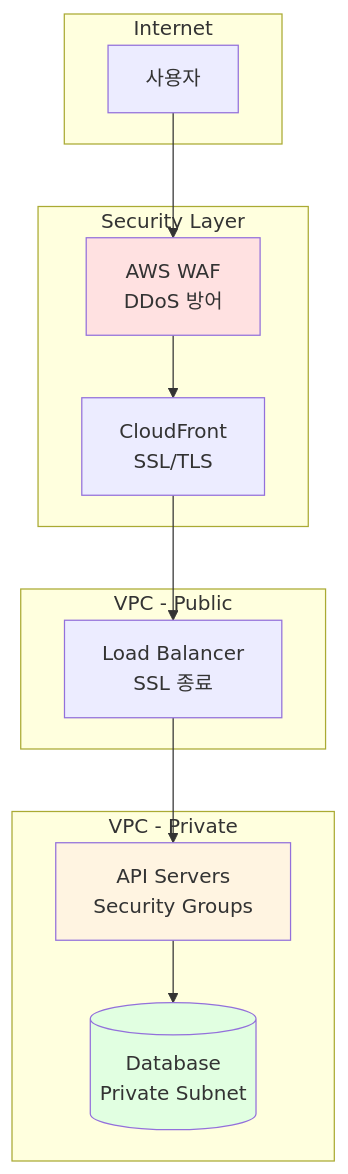
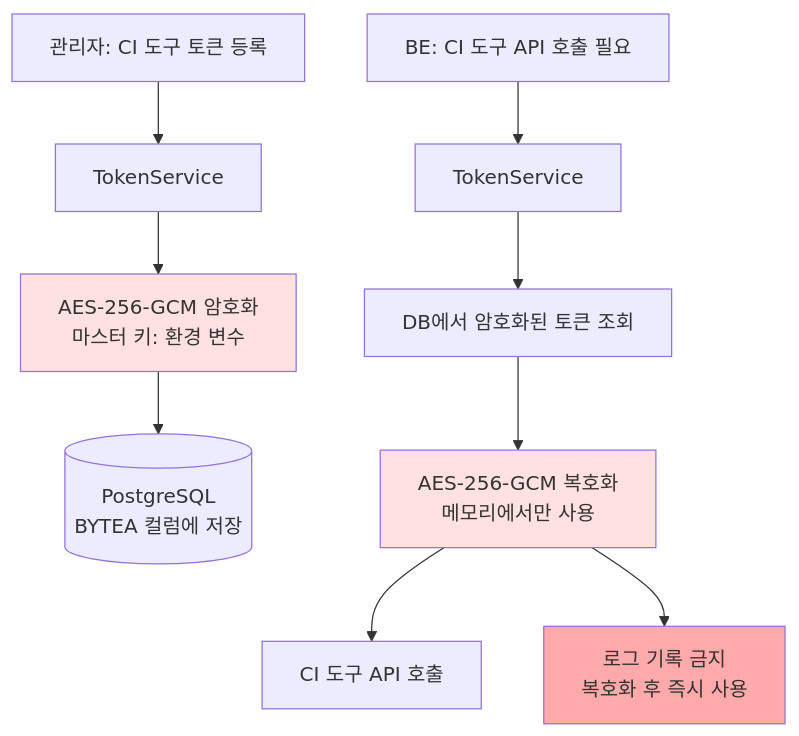
Diagram 11 of 12 in docs/hld/architecture.md (kost0806/ci-hub), drawn with Mermaid before and after one commit. The commit also changed other lines of this file and 6 other files, not shown here.

````diff
--- a/docs/hld/architecture.md
+++ b/docs/hld/architecture.md
@@ -389,30 +427,16 @@
 ```mermaid
-graph TB
-    subgraph "Internet"
-        User[사용자]
-    end
+graph TD
+    A[관리자: CI 도구 토큰 등록] --> B[TokenService]
+    B --> C[AES-256-GCM 암호화<br/>마스터 키: 환경 변수]
+    C --> D[(PostgreSQL<br/>BYTEA 컬럼에 저장)]
 
-    subgraph "Security Layer"
-        WAF[AWS WAF<br/>DDoS 방어]
-        CloudFront[CloudFront<br/>SSL/TLS]
-    end
+    E[BE: CI 도구 API 호출 필요] --> F[TokenService]
+    F --> G[DB에서 암호화된 토큰 조회]
+    G --> H[AES-256-GCM 복호화<br/>메모리에서만 사용]
+    H --> I[CI 도구 API 호출]
+    H --> J[로그 기록 금지<br/>복호화 후 즉시 사용]
 
-    subgraph "VPC - Public"
-        ALB[Load Balancer<br/>SSL 종료]
-    end
-
-    subgraph "VPC - Private"
-        API[API Servers<br/>Security Groups]
-        DB[(Database<br/>Private Subnet)]
-    end
-
-    User --> WAF
-    WAF --> CloudFront
-    CloudFront --> ALB
-    ALB --> API
-    API --> DB
-
-    style WAF fill:#ffe1e1
-    style API fill:#fff4e1
-    style DB fill:#e1ffe1
+    style C fill:#ffe1e1
+    style H fill:#ffe1e1
+    style J fill:#ffaaaa
 ```
````
